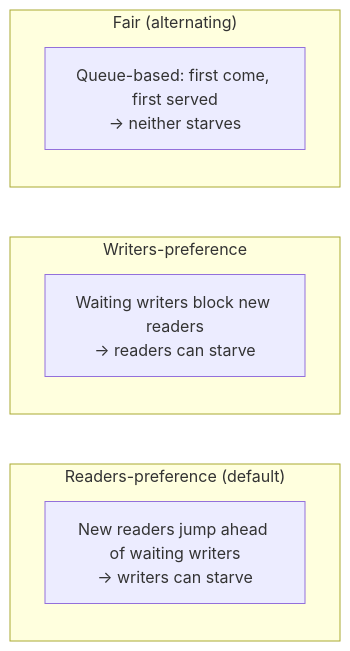
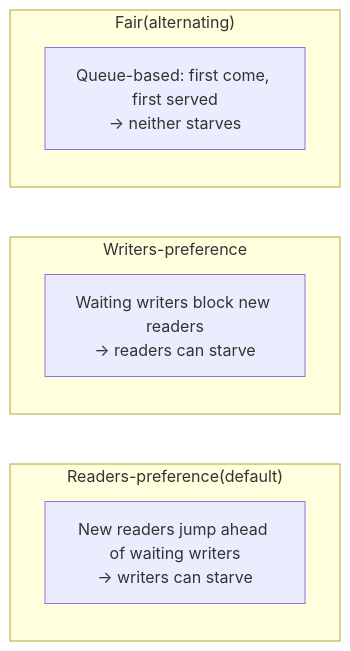
One commit to pploc/swe-icon-the-moment changed the diagram in content/questions/fundamentals/readers-writers.md. Above: the diagram before and after it, drawn with Mermaid. The commit also changed 138 other files, not shown here.

````diff
--- a/content/questions/fundamentals/readers-writers.md
+++ b/content/questions/fundamentals/readers-writers.md
@@ -24,13 +24,15 @@
 ```mermaid
 flowchart LR
-    subgraph Readers_pref["Readers-preference (default)"]
+    subgraph Readers_pref["Readers-preference(default)"]
         RP["New readers jump ahead of waiting writers\n→ writers can starve"]
     end
     subgraph Writers_pref["Writers-preference"]
         WP["Waiting writers block new readers\n→ readers can starve"]
     end
-    subgraph Fair["Fair (alternating)"]
+    subgraph Fair["Fair(alternating)"]
         F["Queue-based: first come, first served\n→ neither starves"]
     end
 
+
+
 ```
````
